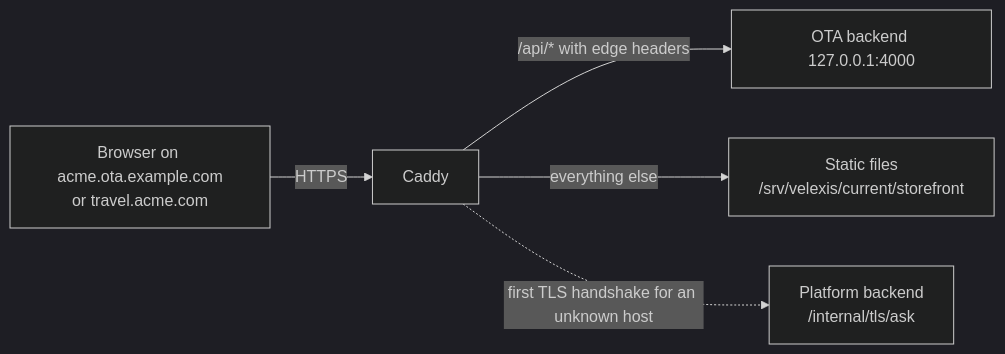
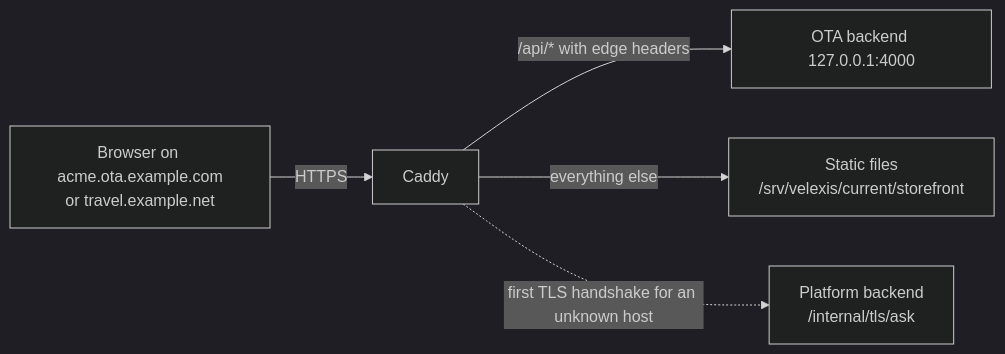
The diagram in docs/mvp/adr/0018-hosted-storefront-custom-domains.md (bhagwati-prasad/velexis-ota), drawn with Mermaid (dark theme) before and after one commit. The commit also changed other lines of this file and 50 other files, not shown here.

````diff
--- a/docs/mvp/adr/0018-hosted-storefront-custom-domains.md
+++ b/docs/mvp/adr/0018-hosted-storefront-custom-domains.md
@@ -22,7 +23,7 @@
 ```mermaid
 flowchart LR
-  B["Browser on acme.ota.example.com<br/>or travel.acme.com"] -->|HTTPS| C["Caddy"]
+  B["Browser on acme.ota.example.com<br/>or travel.example.net"] -->|HTTPS| C["Caddy"]
   C -->|"/api/* with edge headers"| O["OTA backend 127.0.0.1:4000"]
   C -->|"everything else"| F["Static files<br/>/srv/velexis/current/storefront"]
   C -.->|"first TLS handshake for an unknown host"| A["Platform backend<br/>/internal/tls/ask"]
 ```
````
